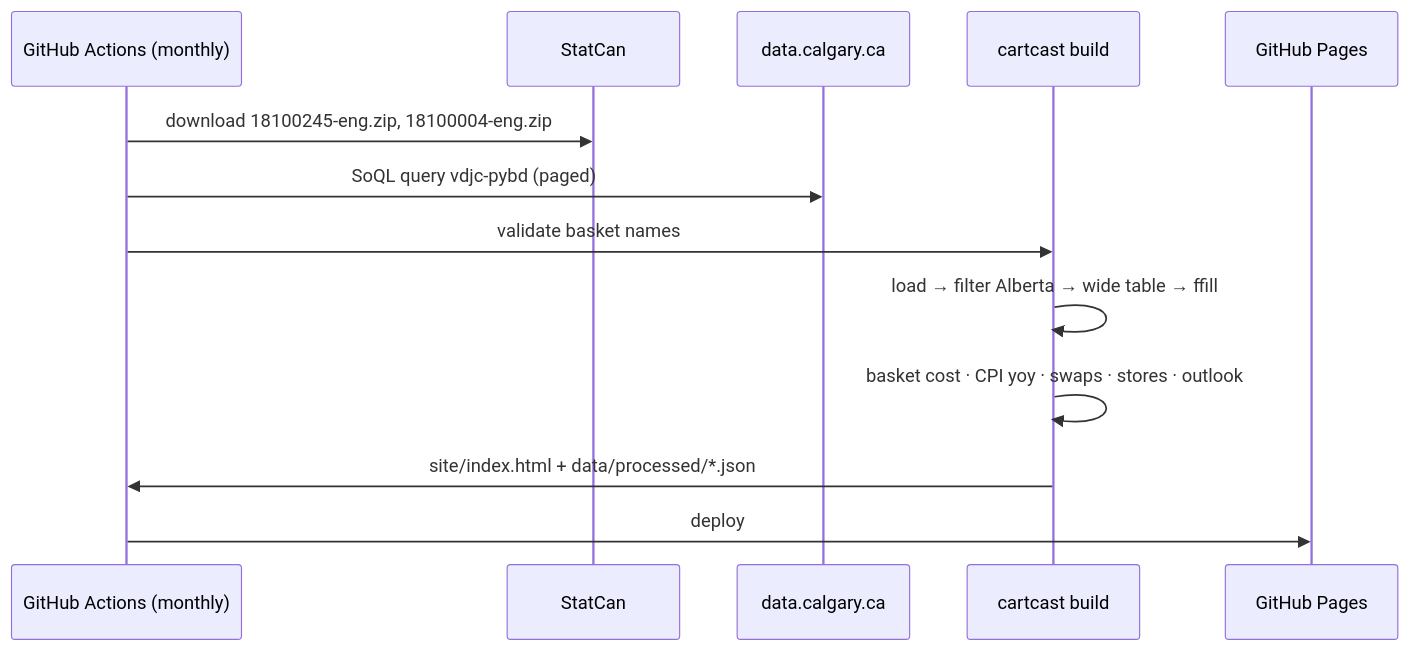
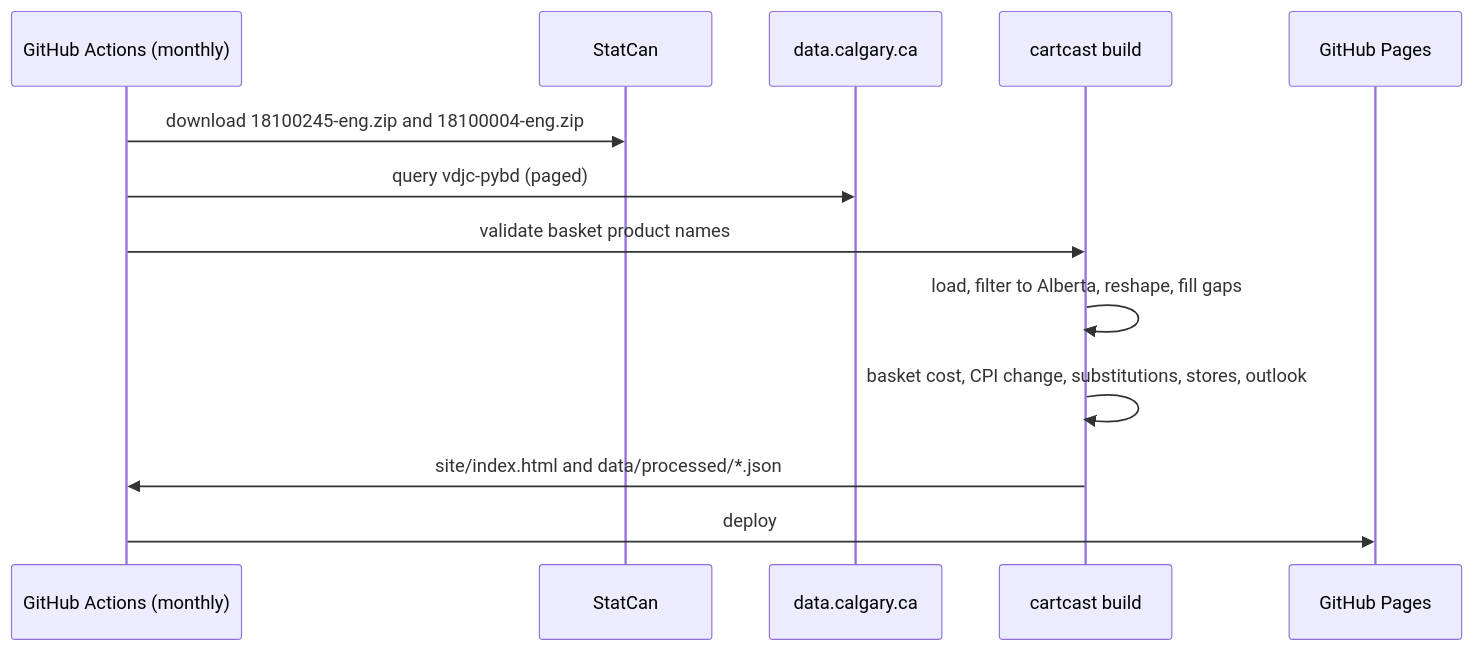
The diagram in docs/architecture.md (AdrianJulve/cartcast-yyc), drawn with Mermaid before and after one commit. The commit also changed other lines of this file and 26 other files, not shown here.

````diff
--- a/docs/architecture.md
+++ b/docs/architecture.md
@@ -8,15 +8,15 @@
 ```mermaid
 sequenceDiagram
   participant GA as GitHub Actions (monthly)
   participant SC as StatCan
   participant YYC as data.calgary.ca
   participant P as cartcast build
   participant GP as GitHub Pages
-  GA->>SC: download 18100245-eng.zip, 18100004-eng.zip
-  GA->>YYC: SoQL query vdjc-pybd (paged)
-  GA->>P: validate basket names
-  P->>P: load → filter Alberta → wide table → ffill
-  P->>P: basket cost · CPI yoy · swaps · stores · outlook
-  P->>GA: site/index.html + data/processed/*.json
+  GA->>SC: download 18100245-eng.zip and 18100004-eng.zip
+  GA->>YYC: query vdjc-pybd (paged)
+  GA->>P: validate basket product names
+  P->>P: load, filter to Alberta, reshape, fill gaps
+  P->>P: basket cost, CPI change, substitutions, stores, outlook
+  P->>GA: site/index.html and data/processed/*.json
   GA->>GP: deploy
 ```
````
